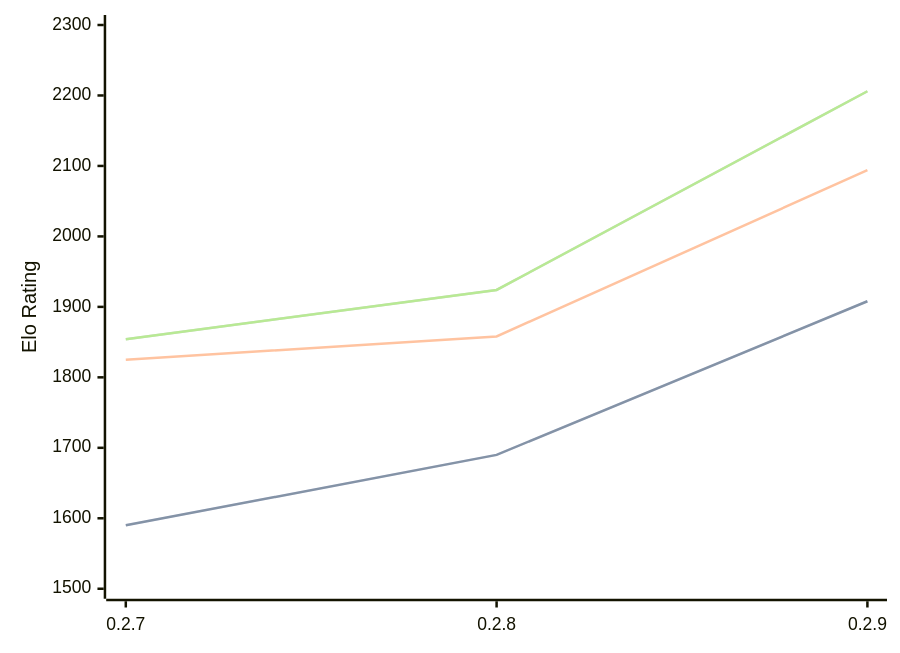
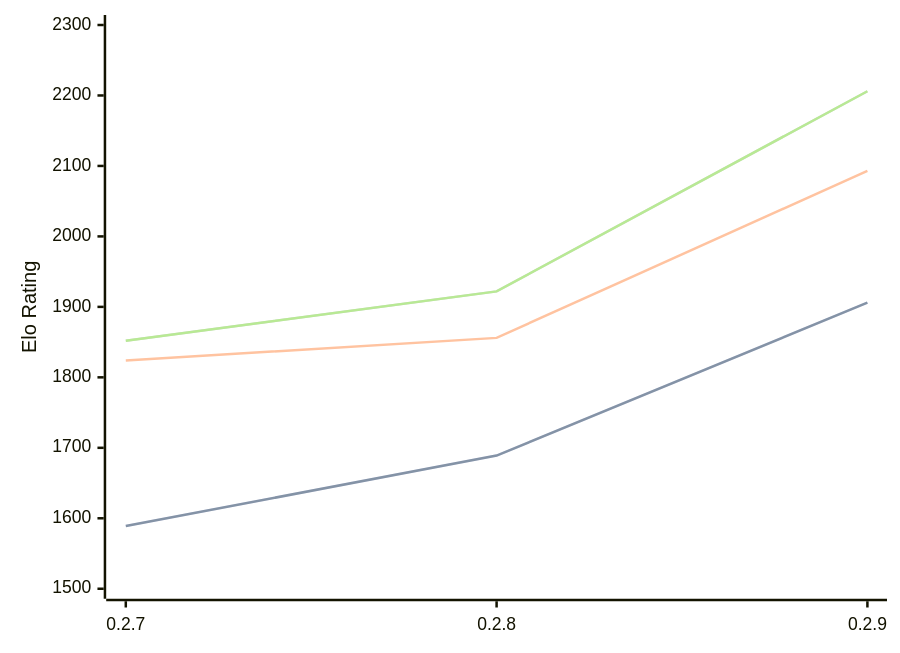
Before and after one commit to computer-chess-index/cci: the first of 3 diagrams in engines/Dual.md, drawn with Mermaid. The commit also changed other lines of this file, not shown here.

Commit message:
Update CCI Ratings (ELO VLTC) - 2026-06-27

````diff
--- a/engines/Dual.md
+++ b/engines/Dual.md
@@ -42,11 +42,11 @@
 ```mermaid
 %%{init: {"theme":"base","themeVariables":{"seriesColors:['#a3a3a3','#222221','#faa371']}}}%%
 xychart-beta
   x-axis ["0.2.7", "0.2.8", "0.2.9"]
   y-axis "Elo Rating" 1500 --> 2300
-  line "STC (8.0+0.08s)" [1590, 1690, 1908]
-  line "STC (8.0+0.08s)" [1590, 1690, 1908]
-  line "LTC (60.0+0.60s)" [1825, 1858, 2094]
-  line "VLTC (2m24s+1.12s)" [1854, 1924, 2206]
-  line "VLTC (2m24s+1.12s)" [1854, 1924, 2206]
+  line "STC (8.0+0.08s)" [1589, 1689, 1906]
+  line "STC (8.0+0.08s)" [1589, 1689, 1906]
+  line "LTC (60.0+0.60s)" [1824, 1856, 2093]
+  line "VLTC (2m24s+1.12s)" [1852, 1922, 2206]
+  line "VLTC (2m24s+1.12s)" [1852, 1922, 2206]
 ```
````
